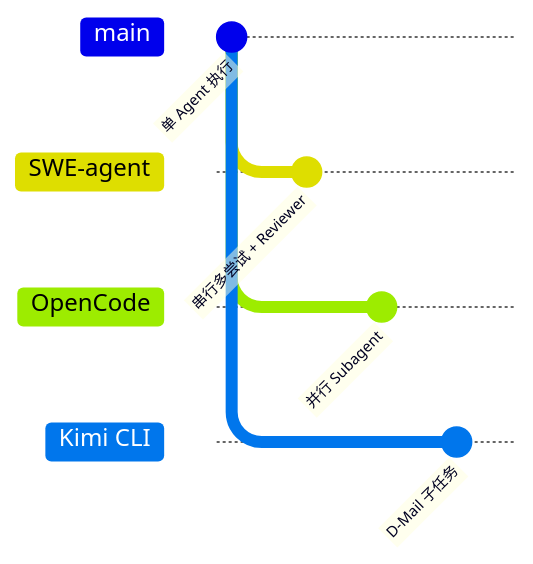
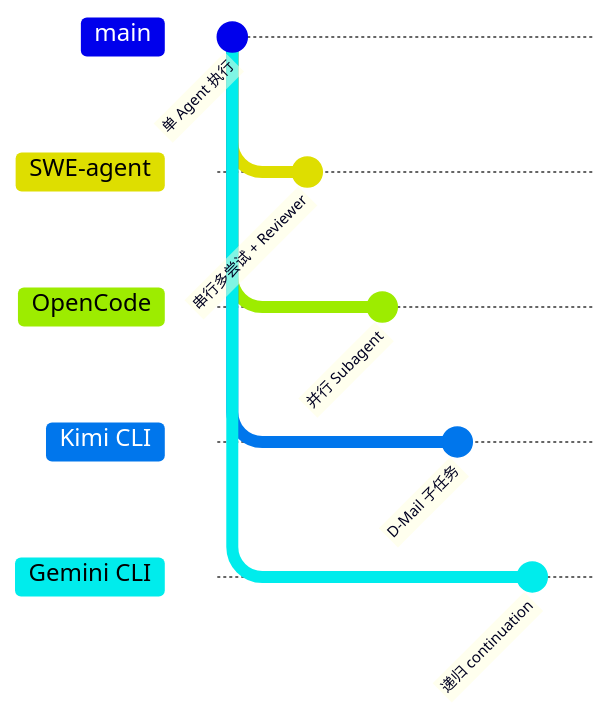
The ninth of 9 diagrams in docs/swe-agent/questions/swe-agent-subagent-implementation.md (giraffe-tree/agent-base), drawn with Mermaid before and after one commit. The commit also changed other lines of this file and 155 other files, not shown here.

````diff
--- a/docs/swe-agent/questions/swe-agent-subagent-implementation.md
+++ b/docs/swe-agent/questions/swe-agent-subagent-implementation.md
@@ -505,15 +581,19 @@
 ```mermaid
 gitGraph
     commit id: "单 Agent 执行"
     branch "SWE-agent"
     checkout "SWE-agent"
     commit id: "串行多尝试 + Reviewer"
     checkout main
     branch "OpenCode"
     checkout "OpenCode"
     commit id: "并行 Subagent"
     checkout main
     branch "Kimi CLI"
     checkout "Kimi CLI"
     commit id: "D-Mail 子任务"
+    checkout main
+    branch "Gemini CLI"
+    checkout "Gemini CLI"
+    commit id: "递归 continuation"
 ```
````
